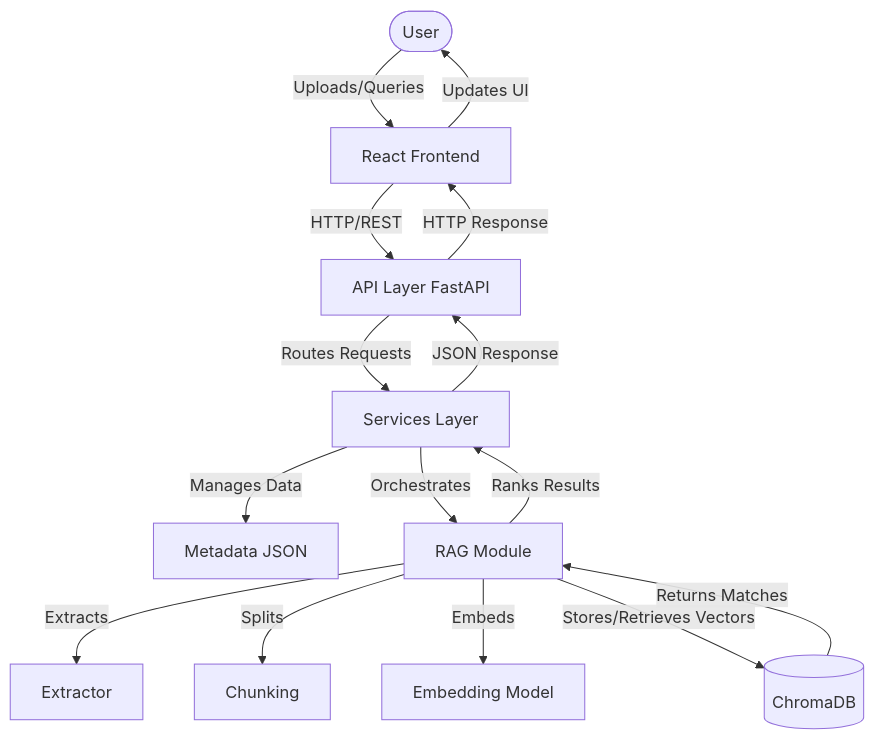
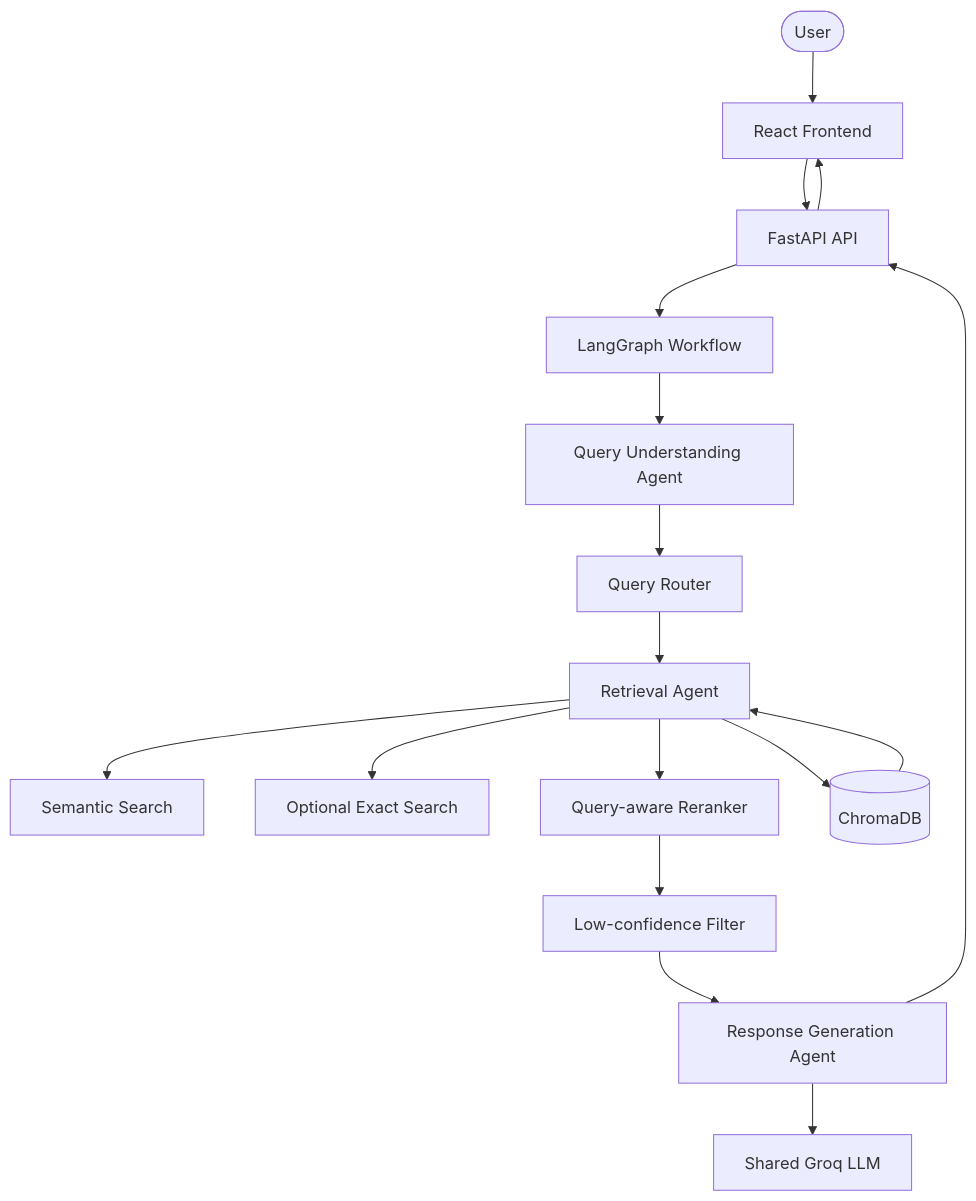
Before and after one commit to poojithamalaparaju-ctrl/Development-of-AI-Based-Knowledge-Retrieval-Platform-with-Query-Resolution-System: the first of 7 diagrams in PROJECT_GUIDE.md, drawn with Mermaid. The commit also changed other lines of this file and 26 other files, not shown here.

Commit message:
Add Milestone 2 RAG agents and query processing

````diff
--- a/PROJECT_GUIDE.md
+++ b/PROJECT_GUIDE.md
@@ -164,17 +222,19 @@
 ```mermaid
 graph TD
-    User([User]) --> |Uploads/Queries| RF[React Frontend]
-    RF --> |HTTP/REST| AL[API Layer FastAPI]
-    AL --> |Routes Requests| SL[Services Layer]
-    SL --> |Manages Data| MD[Metadata JSON]
-    SL --> |Orchestrates| RAG[RAG Module]
-    RAG --> |Extracts| EX[Extractor]
-    RAG --> |Splits| CH[Chunking]
-    RAG --> |Embeds| EM[Embedding Model]
-    RAG --> |Stores/Retrieves Vectors| VDB[(ChromaDB)]
-    VDB --> |Returns Matches| RAG
-    RAG --> |Ranks Results| SL
-    SL --> |JSON Response| AL
-    AL --> |HTTP Response| RF
-    RF --> |Updates UI| User
+    U([User]) --> FE[React Frontend]
+    FE --> API[FastAPI API]
+    API --> WF[LangGraph Workflow]
+    WF --> QU[Query Understanding Agent]
+    QU --> RT[Query Router]
+    RT --> RA[Retrieval Agent]
+    RA --> SS[Semantic Search]
+    RA --> ES[Optional Exact Search]
+    RA --> RR[Query-aware Reranker]
+    RR --> LF[Low-confidence Filter]
+    LF --> RG[Response Generation Agent]
+    RG --> LLM[Shared Groq LLM]
+    RA --> VDB[(ChromaDB)]
+    VDB --> RA
+    RG --> API
+    API --> FE
 ```
````
